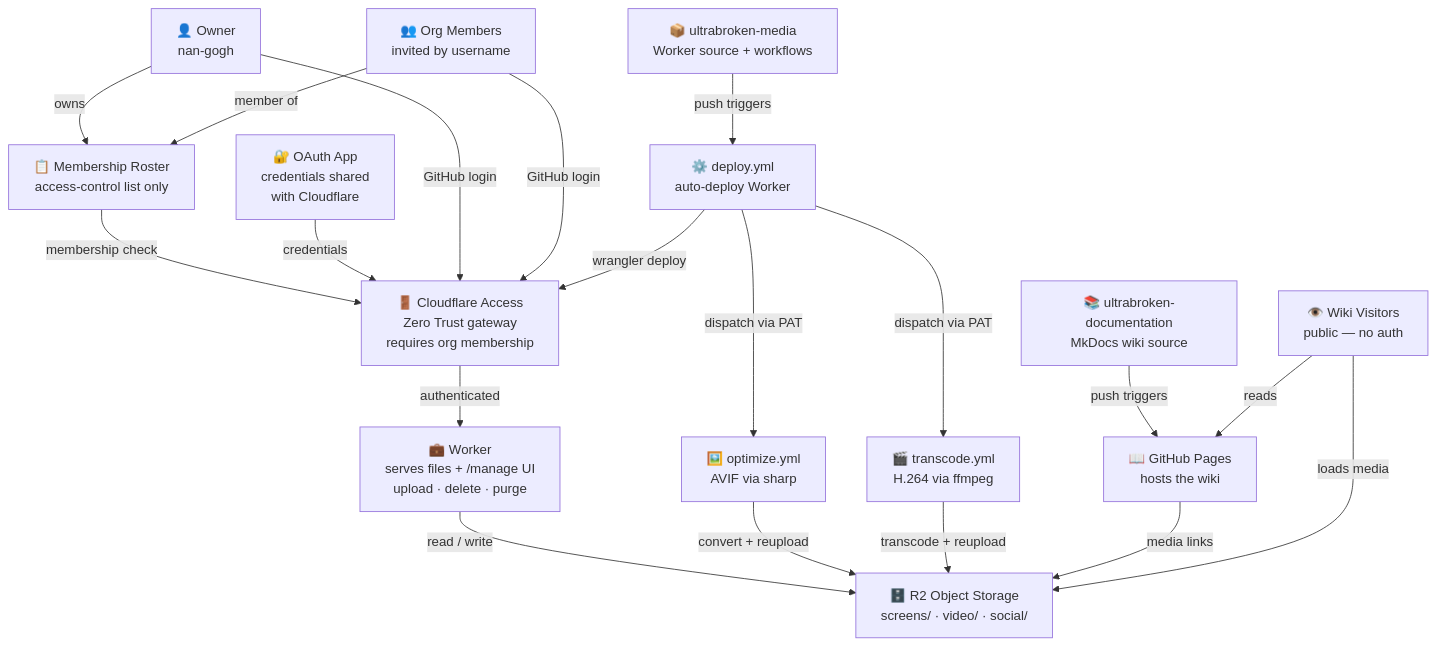
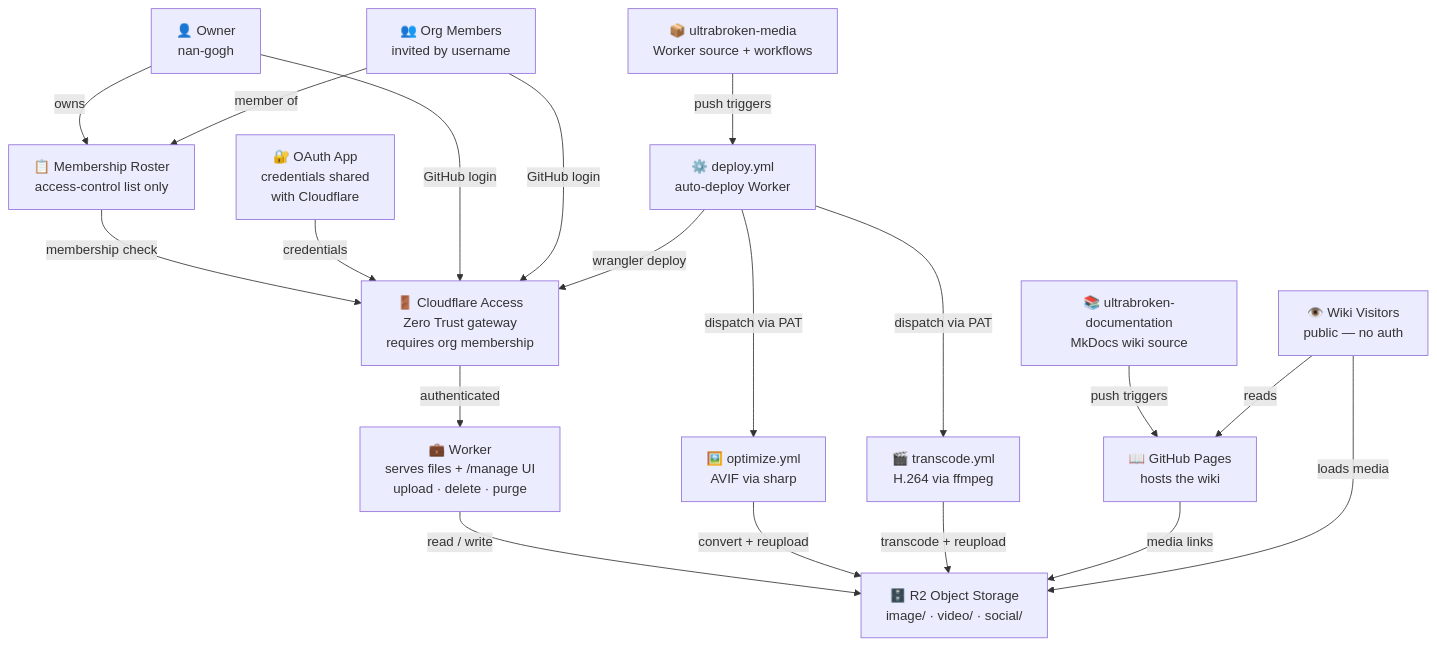
Before and after one commit to BKMzero/ultrabroken-documentation: the diagram in docs/wiki/about.md, drawn with Mermaid. The commit also changed 3 other files, not shown here.

Commit message:
fix: update media reference paths from `media:screens/` to `media:image/` in documentation

````diff
--- a/docs/wiki/about.md
+++ b/docs/wiki/about.md
@@ -39,40 +39,40 @@
 ```mermaid viewer
 graph TD
     OWNER["👤 Owner<br/>nan-gogh"]
     MEMBERS["👥 Org Members<br/>invited by username"]
     ORG["📋 Membership Roster<br/>access-control list only"]
     OAUTH["🔐 OAuth App<br/>credentials shared<br/>with Cloudflare"]
     
     MEDIA_REPO["📦 ultrabroken-media<br/>Worker source + workflows"]
     WIKI_REPO["📚 ultrabroken-documentation<br/>MkDocs wiki source"]
     DEPLOY["⚙️ deploy.yml<br/>auto-deploy Worker"]
     OPTIMIZE["🖼️ optimize.yml<br/>AVIF via sharp"]
     TRANSCODE["🎬 transcode.yml<br/>H.264 via ffmpeg"]
     
     ACCESS["🚪 Cloudflare Access<br/>Zero Trust gateway<br/>requires org membership"]
     WORKER["💼 Worker<br/>serves files + /manage UI<br/>upload · delete · purge"]
-    R2["🗄️ R2 Object Storage<br/>screens/ · video/ · social/"]
+    R2["🗄️ R2 Object Storage<br/>image/ · video/ · social/"]
     PAGES["📖 GitHub Pages<br/>hosts the wiki"]
     VISITOR["👁️ Wiki Visitors<br/>public — no auth"]
     
     OWNER -->|owns| ORG
     MEMBERS -->|member of| ORG
     ORG -->|membership check| ACCESS
     OAUTH -->|credentials| ACCESS
     OWNER -->|GitHub login| ACCESS
     MEMBERS -->|GitHub login| ACCESS
     ACCESS -->|authenticated| WORKER
     WORKER -->|read / write| R2
     
     MEDIA_REPO -->|push triggers| DEPLOY
     DEPLOY -->|wrangler deploy| ACCESS
     DEPLOY -->|dispatch via PAT| OPTIMIZE
     DEPLOY -->|dispatch via PAT| TRANSCODE
     OPTIMIZE -->|convert + reupload| R2
     TRANSCODE -->|transcode + reupload| R2
     
     WIKI_REPO -->|push triggers| PAGES
     PAGES -->|media links| R2
     VISITOR -->|reads| PAGES
     VISITOR -->|loads media| R2
 ```
````
